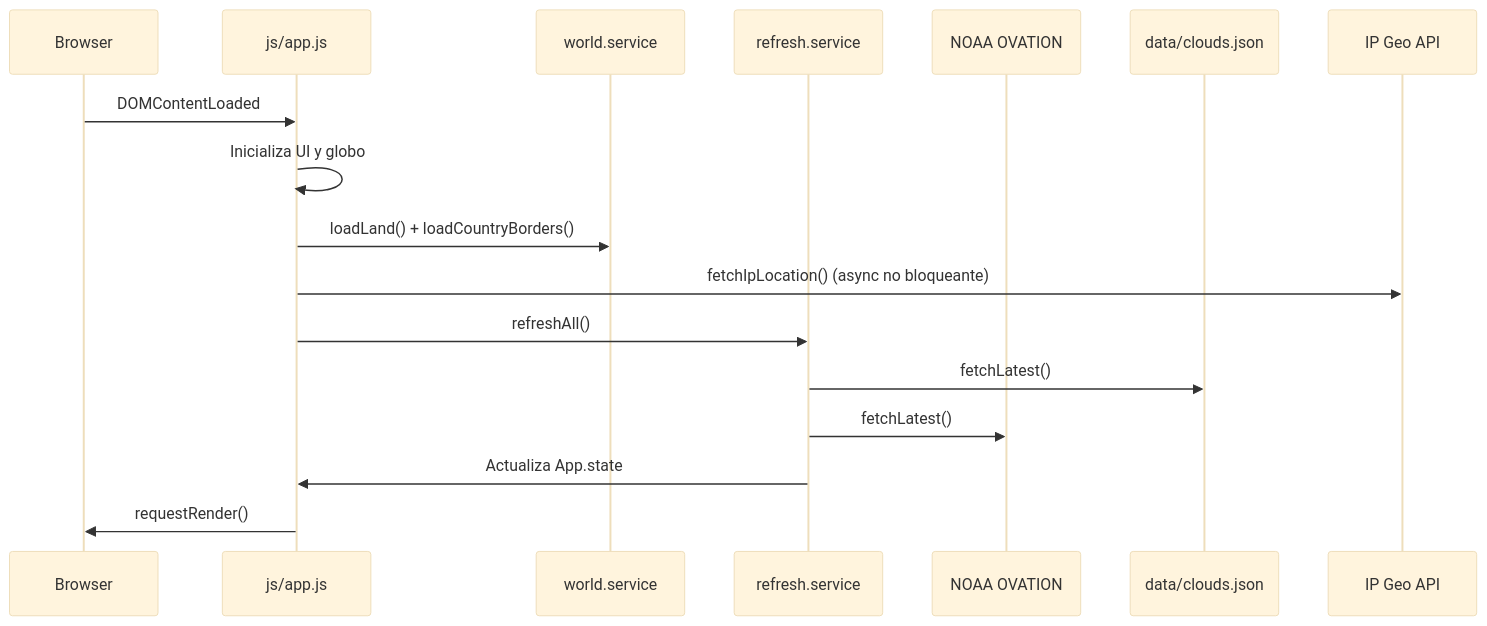
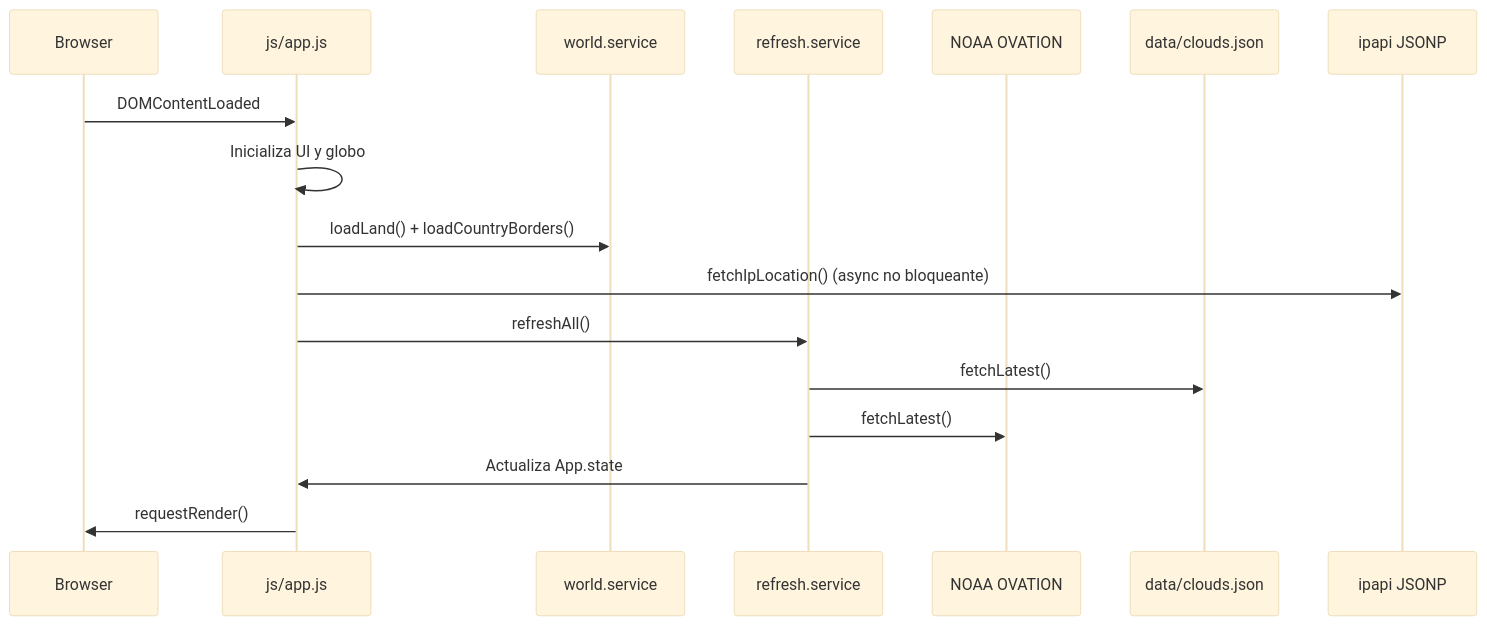
One commit to romezamario/auroras-boreales changed the second of 4 diagrams in README.md. Above: the diagram before and after it, drawn with Mermaid (base theme). The commit also changed other lines of this file and 3 other files, not shown here.

````diff
--- a/README.md
+++ b/README.md
@@ -64,20 +64,20 @@
 ```mermaid
 sequenceDiagram
     participant B as Browser
     participant App as js/app.js
     participant World as world.service
     participant Refresh as refresh.service
     participant NOAA as NOAA OVATION
     participant Clouds as data/clouds.json
-    participant IP as IP Geo API
+    participant IP as ipapi JSONP
 
     B->>App: DOMContentLoaded
     App->>App: Inicializa UI y globo
     App->>World: loadLand() + loadCountryBorders()
     App->>IP: fetchIpLocation() (async no bloqueante)
     App->>Refresh: refreshAll()
     Refresh->>Clouds: fetchLatest()
     Refresh->>NOAA: fetchLatest()
     Refresh->>App: Actualiza App.state
     App->>B: requestRender()
 ```
````
